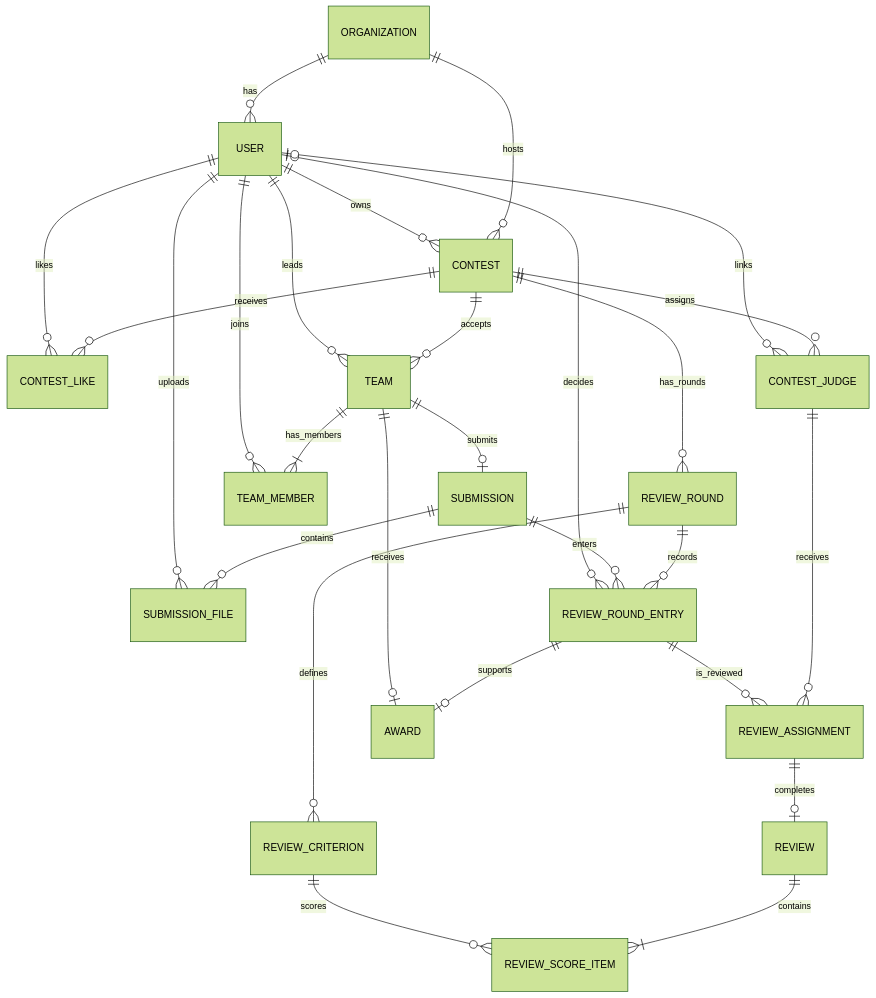
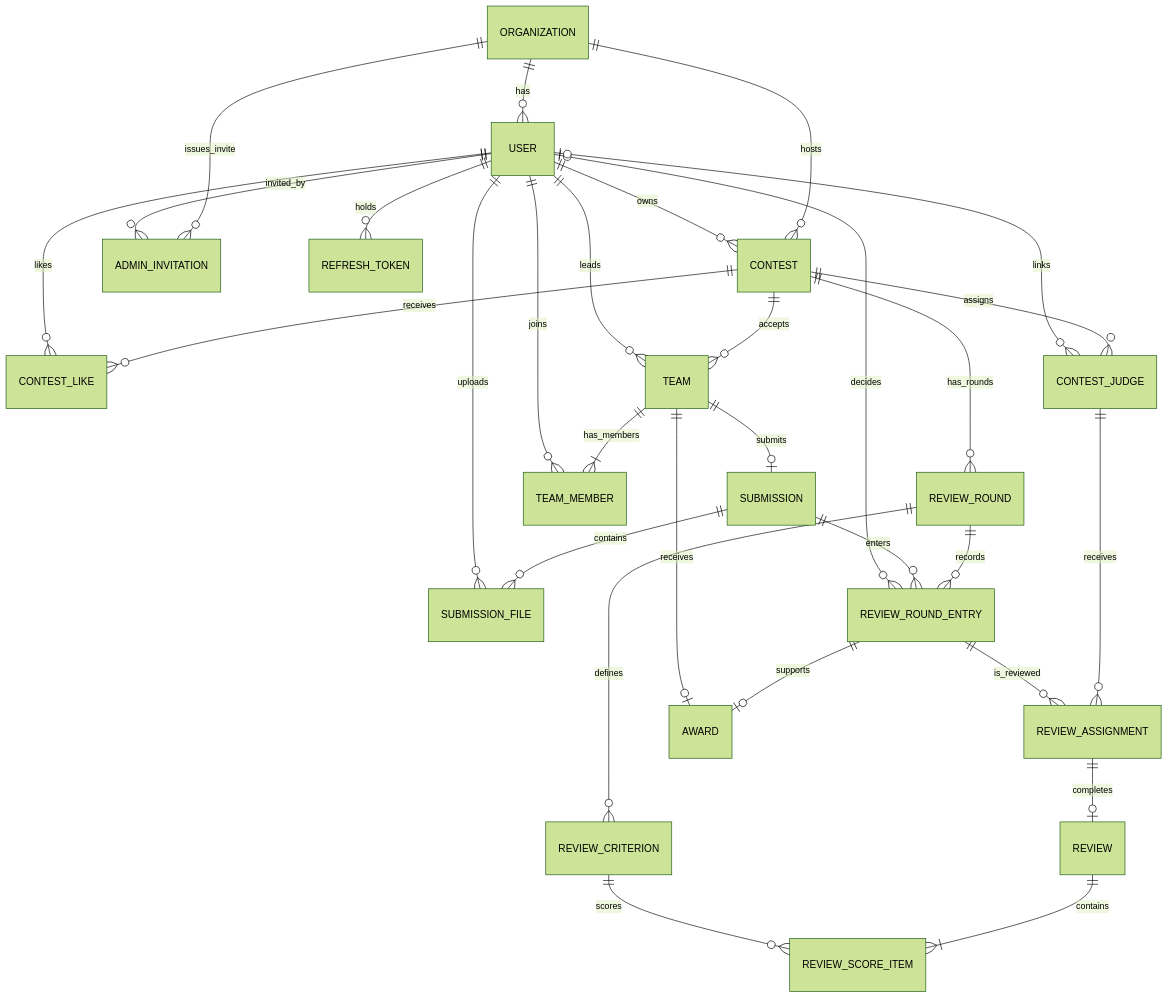
The fourth of 22 diagrams in docs/architecture-diagrams.md (Tok-Baro/Trekkey_BackEnd), drawn with Mermaid (forest theme) before and after one commit. The commit also changed other lines of this file and 6 other files, not shown here.

Commit message:
docs: reconcile target ERD scope and status

````diff
--- a/docs/architecture-diagrams.md
+++ b/docs/architecture-diagrams.md
@@ -145,29 +145,32 @@
 ```mermaid
 erDiagram
     ORGANIZATION ||--o{ USER : has
     ORGANIZATION ||--o{ CONTEST : hosts
     USER ||--o{ CONTEST : owns
     CONTEST ||--o{ CONTEST_LIKE : receives
     USER ||--o{ CONTEST_LIKE : likes
     CONTEST ||--o{ REVIEW_ROUND : has_rounds
     CONTEST ||--o{ TEAM : accepts
     USER ||--o{ TEAM : leads
     TEAM ||--|{ TEAM_MEMBER : has_members
     USER ||--o{ TEAM_MEMBER : joins
     TEAM ||--o| SUBMISSION : submits
     SUBMISSION ||--o{ SUBMISSION_FILE : contains
     USER ||--o{ SUBMISSION_FILE : uploads
     REVIEW_ROUND ||--o{ REVIEW_ROUND_ENTRY : records
     SUBMISSION ||--o{ REVIEW_ROUND_ENTRY : enters
     USER o|--o{ REVIEW_ROUND_ENTRY : decides
     REVIEW_ROUND ||--o{ REVIEW_CRITERION : defines
     CONTEST ||--o{ CONTEST_JUDGE : assigns
     USER o|--o{ CONTEST_JUDGE : links
     CONTEST_JUDGE ||--o{ REVIEW_ASSIGNMENT : receives
     REVIEW_ROUND_ENTRY ||--o{ REVIEW_ASSIGNMENT : is_reviewed
     REVIEW_ASSIGNMENT ||--o| REVIEW : completes
     REVIEW ||--|{ REVIEW_SCORE_ITEM : contains
     REVIEW_CRITERION ||--o{ REVIEW_SCORE_ITEM : scores
     REVIEW_ROUND_ENTRY ||--o| AWARD : supports
     TEAM ||--o| AWARD : receives
+    ORGANIZATION ||--o{ ADMIN_INVITATION : issues_invite
+    USER ||--o{ ADMIN_INVITATION : invited_by
+    USER ||--o{ REFRESH_TOKEN : holds
 ```
````
